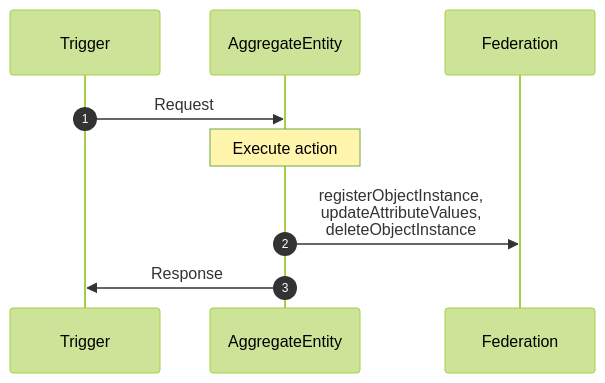
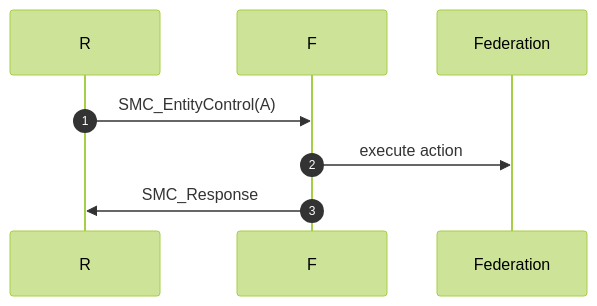
One commit to AMSP-04/NETN-MRM changed the third of 9 diagrams in NETN-MRM.md. Above: the diagram before and after it, drawn with Mermaid (forest theme). The commit also changed other lines of this file and 4 other files, not shown here.

````diff
--- a/NETN-MRM.md
+++ b/NETN-MRM.md
@@ -38,9 +79,9 @@
 ```mermaid 
-sequenceDiagram
+sequenceDiagram 
 autonumber
  
-Trigger->>AggregateEntity: Request 
-note over AggregateEntity: Execute action 
-AggregateEntity->>Federation: registerObjectInstance, <br>updateAttributeValues, <br>deleteObjectInstance 
-AggregateEntity->>Trigger: Response 
+R->>F: SMC_EntityControl(A)
+
+F->>Federation: execute action 
+F->>R: SMC_Response 
 ``` 
````
